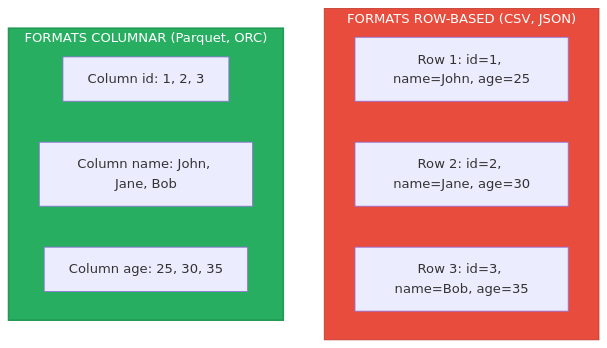
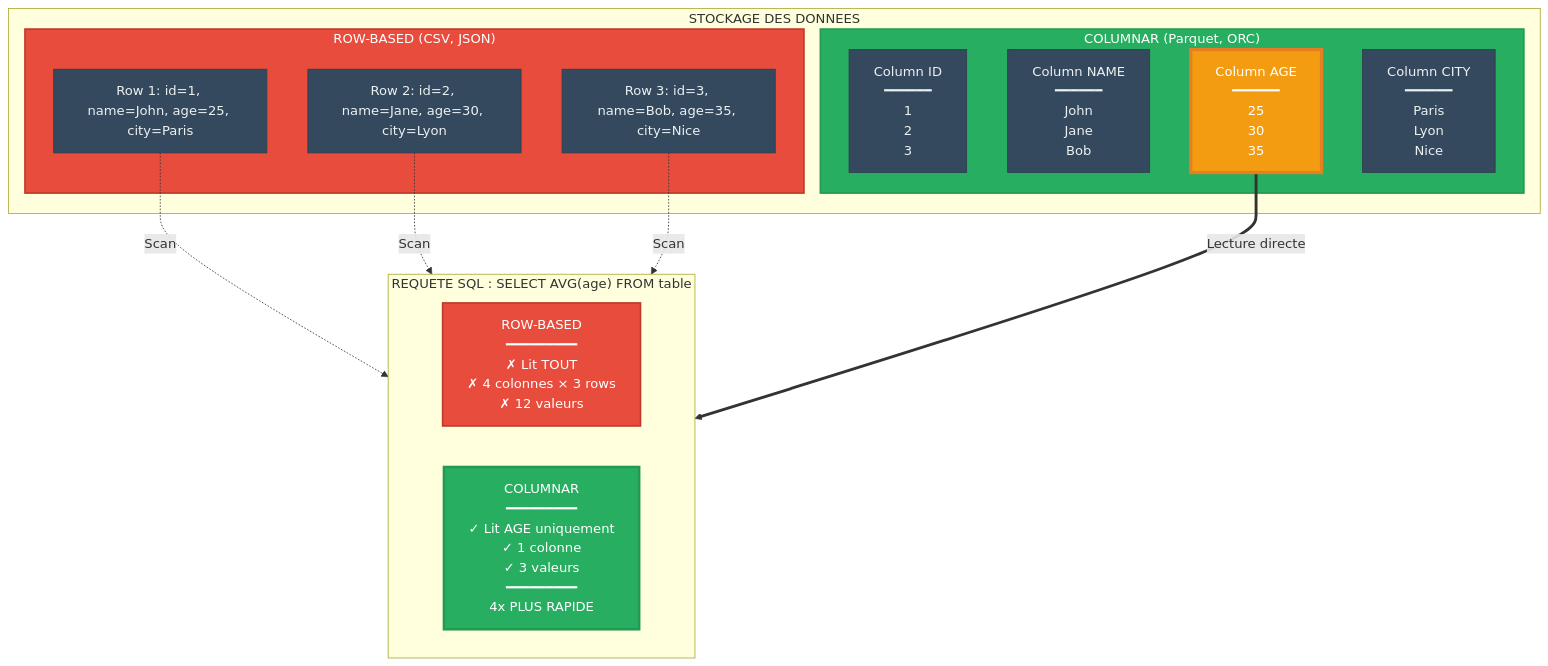
One commit to inskillflow/AWS-Streaming-Analytics-Pipeline-Kinesis-Firehose-Lambda-OpenSearch changed the first of 3 diagrams in FORMATION-PROFESSIONNELLE-PARTIE-2/01-COURS/MODULE-04-Optimisation-Parquet-Partitionnement.md. Above: the diagram before and after it, drawn with Mermaid. The commit also changed 5 other files, not shown here.

````diff
--- a/FORMATION-PROFESSIONNELLE-PARTIE-2/01-COURS/MODULE-04-Optimisation-Parquet-Partitionnement.md
+++ b/FORMATION-PROFESSIONNELLE-PARTIE-2/01-COURS/MODULE-04-Optimisation-Parquet-Partitionnement.md
@@ -13,17 +13,40 @@
 ```mermaid
 graph TB
-    subgraph ROW["FORMATS ROW-BASED (CSV, JSON)"]
-        R1[Row 1: id=1, name=John, age=25]
-        R2[Row 2: id=2, name=Jane, age=30]
-        R3[Row 3: id=3, name=Bob, age=35]
+    subgraph STORAGE["STOCKAGE DES DONNEES"]
+        subgraph ROW["ROW-BASED (CSV, JSON)"]
+            R1["Row 1: id=1, name=John, age=25, city=Paris"]
+            R2["Row 2: id=2, name=Jane, age=30, city=Lyon"]
+            R3["Row 3: id=3, name=Bob, age=35, city=Nice"]
+        end
+        
+        subgraph COL["COLUMNAR (Parquet, ORC)"]
+            C1["Column ID<br/>━━━━━━<br/>1<br/>2<br/>3"]
+            C2["Column NAME<br/>━━━━━━<br/>John<br/>Jane<br/>Bob"]
+            C3["Column AGE<br/>━━━━━━<br/>25<br/>30<br/>35"]
+            C4["Column CITY<br/>━━━━━━<br/>Paris<br/>Lyon<br/>Nice"]
+        end
     end
     
-    subgraph COL["FORMATS COLUMNAR (Parquet, ORC)"]
-        C1[Column id: 1, 2, 3]
-        C2[Column name: John, Jane, Bob]
-        C3[Column age: 25, 30, 35]
+    subgraph QUERY["REQUETE SQL : SELECT AVG(age) FROM table"]
+        direction LR
+        QR["ROW-BASED<br/>━━━━━━━━━<br/>✗ Lit TOUT<br/>✗ 4 colonnes × 3 rows<br/>✗ 12 valeurs"]
+        QC["COLUMNAR<br/>━━━━━━━━━<br/>✓ Lit AGE uniquement<br/>✓ 1 colonne<br/>✓ 3 valeurs<br/>━━━━━━━━━<br/>4x PLUS RAPIDE"]
     end
     
-    style ROW fill:#e74c3c,stroke:#c0392b,color:#fff
+    R1 -.->|Scan| QR
+    R2 -.->|Scan| QR
+    R3 -.->|Scan| QR
+    C3 ==>|Lecture directe| QC
+    
+    style ROW fill:#e74c3c,stroke:#c0392b,stroke-width:2px,color:#fff
     style COL fill:#27ae60,stroke:#229954,stroke-width:2px,color:#fff
+    style R1 fill:#34495e,stroke:#2c3e50,color:#ecf0f1
+    style R2 fill:#34495e,stroke:#2c3e50,color:#ecf0f1
+    style R3 fill:#34495e,stroke:#2c3e50,color:#ecf0f1
+    style C1 fill:#34495e,stroke:#2c3e50,color:#ecf0f1
+    style C2 fill:#34495e,stroke:#2c3e50,color:#ecf0f1
+    style C3 fill:#f39c12,stroke:#e67e22,stroke-width:4px,color:#fff
+    style C4 fill:#34495e,stroke:#2c3e50,color:#ecf0f1
+    style QR fill:#e74c3c,stroke:#c0392b,stroke-width:2px,color:#fff
+    style QC fill:#27ae60,stroke:#229954,stroke-width:3px,color:#fff
 ```
````
